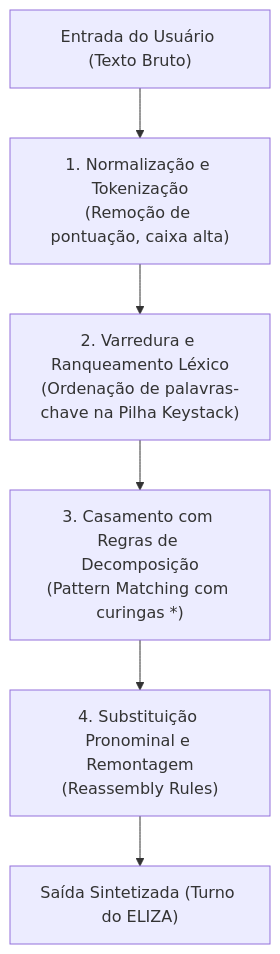
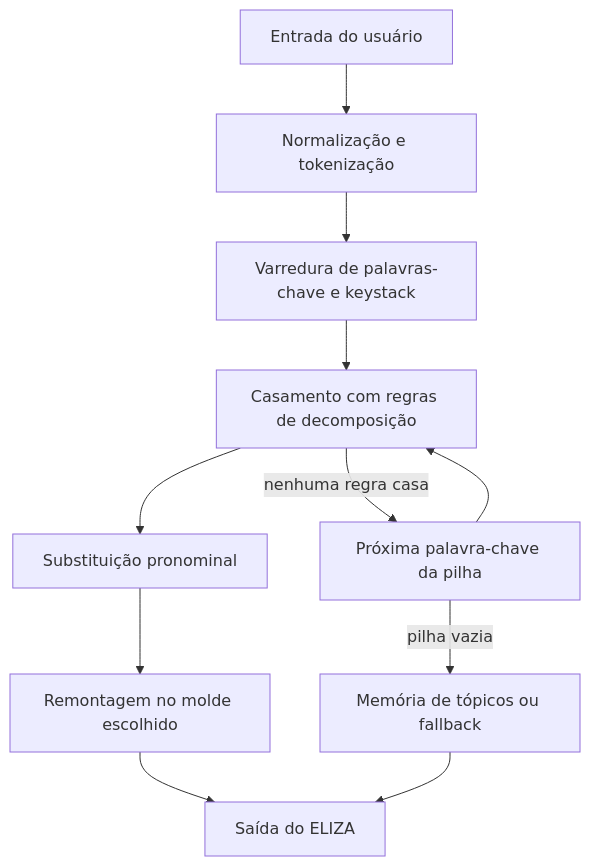
Before and after one commit to brunog2/lista2-ia-ufal: the first of 2 diagrams in docs/q03_eliza.md, drawn with Mermaid. The commit also changed other lines of this file and 3 other files, not shown here.

````diff
--- a/docs/q03_eliza.md
+++ b/docs/q03_eliza.md
@@ -66,8 +78,13 @@
 ```mermaid
 flowchart TD
-    A["Entrada do Usuário (Texto Bruto)"] --> B["1. Normalização e Tokenização<br>(Remoção de pontuação, caixa alta)"]
-    B --> C["2. Varredura e Ranqueamento Léxico<br>(Ordenação de palavras-chave na Pilha Keystack)"]
-    C --> D["3. Casamento com Regras de Decomposição<br>(Pattern Matching com curingas *)"]
-    D --> E["4. Substituição Pronominal e Remontagem<br>(Reassembly Rules)"]
-    E --> F["Saída Sintetizada (Turno do ELIZA)"]
+    A["Entrada do usuário"] --> B["Normalização e tokenização"]
+    B --> C["Varredura de palavras-chave e keystack"]
+    C --> D["Casamento com regras de decomposição"]
+    D --> E["Substituição pronominal"]
+    E --> F["Remontagem no molde escolhido"]
+    F --> G["Saída do ELIZA"]
+    D -->|"nenhuma regra casa"| H["Próxima palavra-chave da pilha"]
+    H --> D
+    H -->|"pilha vazia"| I["Memória de tópicos ou fallback"]
+    I --> G
 ```
````
